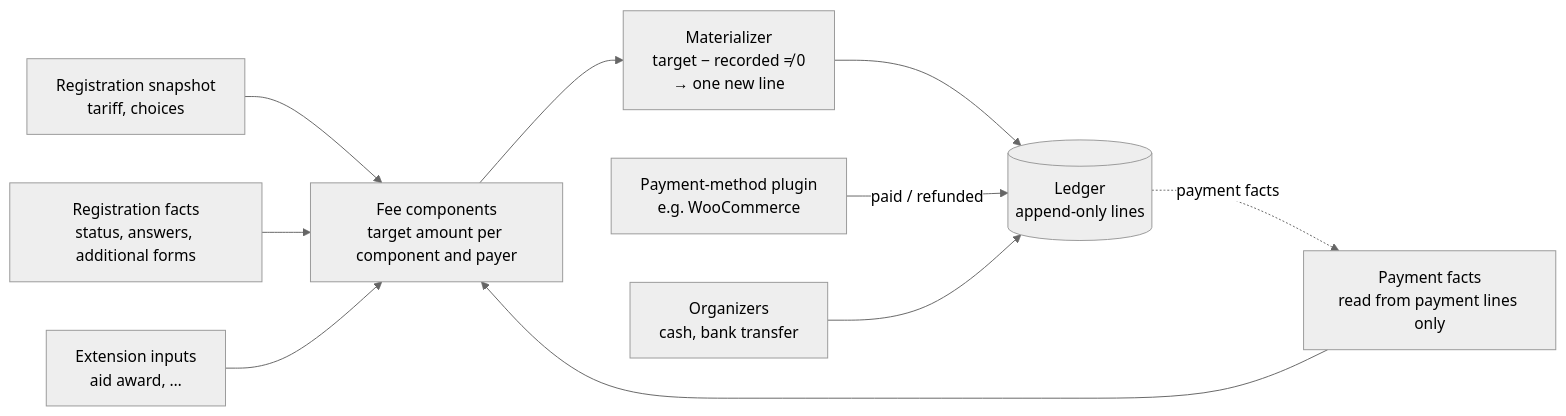
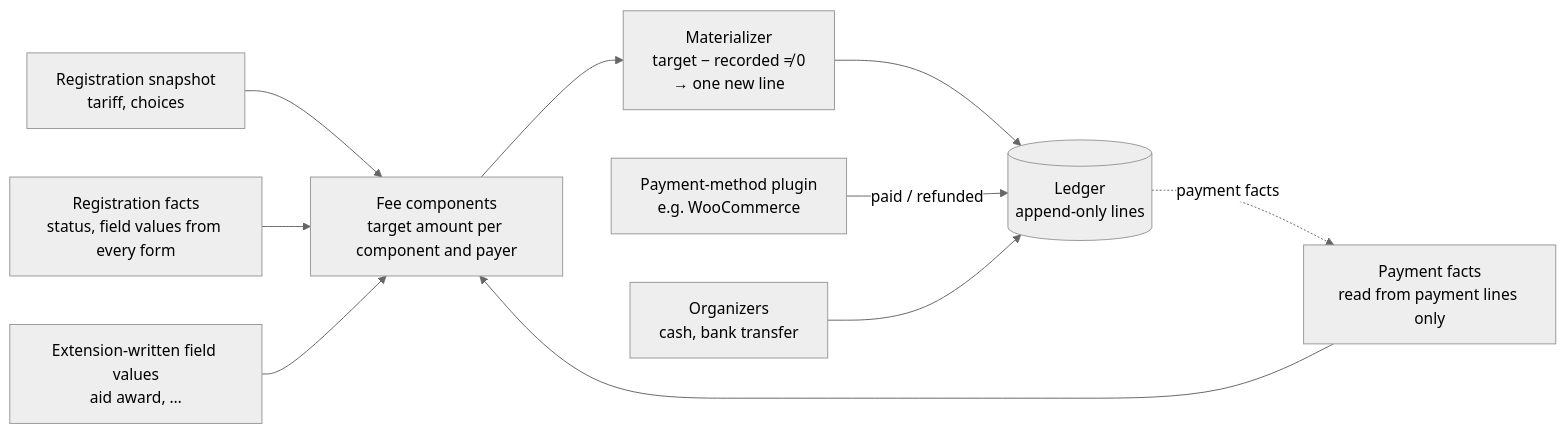
The first of 2 diagrams in docs/architecture/money.md (reformatus/kalaka), drawn with Mermaid (neutral theme) before and after one commit. The commit also changed other lines of this file and 8 other files, not shown here.

First line of the commit message:
Architecture: participant fields, additional forms and the active registration

````diff
--- a/docs/architecture/money.md
+++ b/docs/architecture/money.md
@@ -261,12 +269,12 @@
 ```mermaid
 flowchart LR
   S["Registration snapshot<br/>tariff, choices"] --> R
-  F["Registration facts<br/>status, answers, additional forms"] --> R
-  X["Extension inputs<br/>aid award, …"] --> R
+  F["Registration facts<br/>status, field values from every form"] --> R
+  X["Extension-written field values<br/>aid award, …"] --> R
   PF["Payment facts<br/>read from payment lines only"] --> R
   R["Fee components<br/>target amount per component and payer"] --> MZ["Materializer<br/>target − recorded ≠ 0<br/>→ one new line"]
   MZ --> L[("Ledger<br/>append-only lines")]
   PM["Payment-method plugin<br/>e.g. WooCommerce"] -->|"paid / refunded"| L
   ST["Organizers<br/>cash, bank transfer"] --> L
   L -. "payment facts" .-> PF
 ```
````
